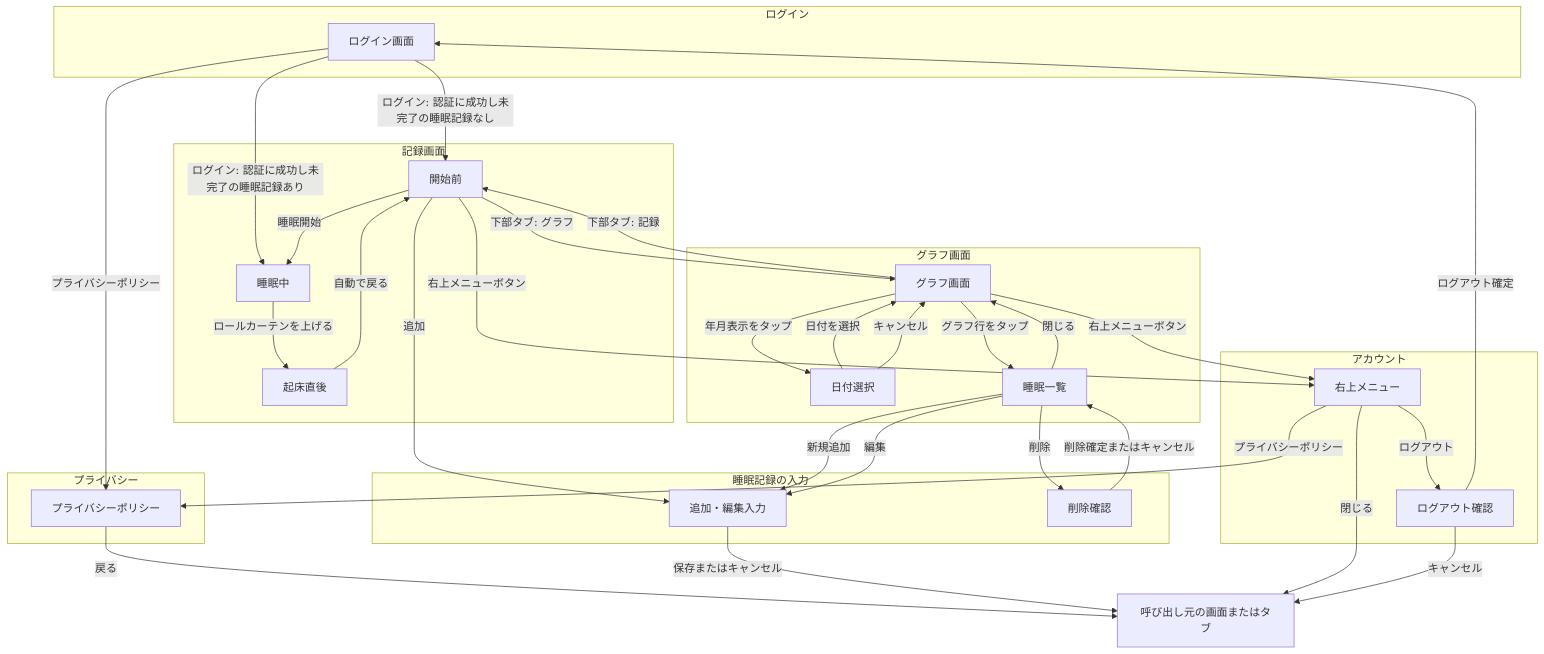
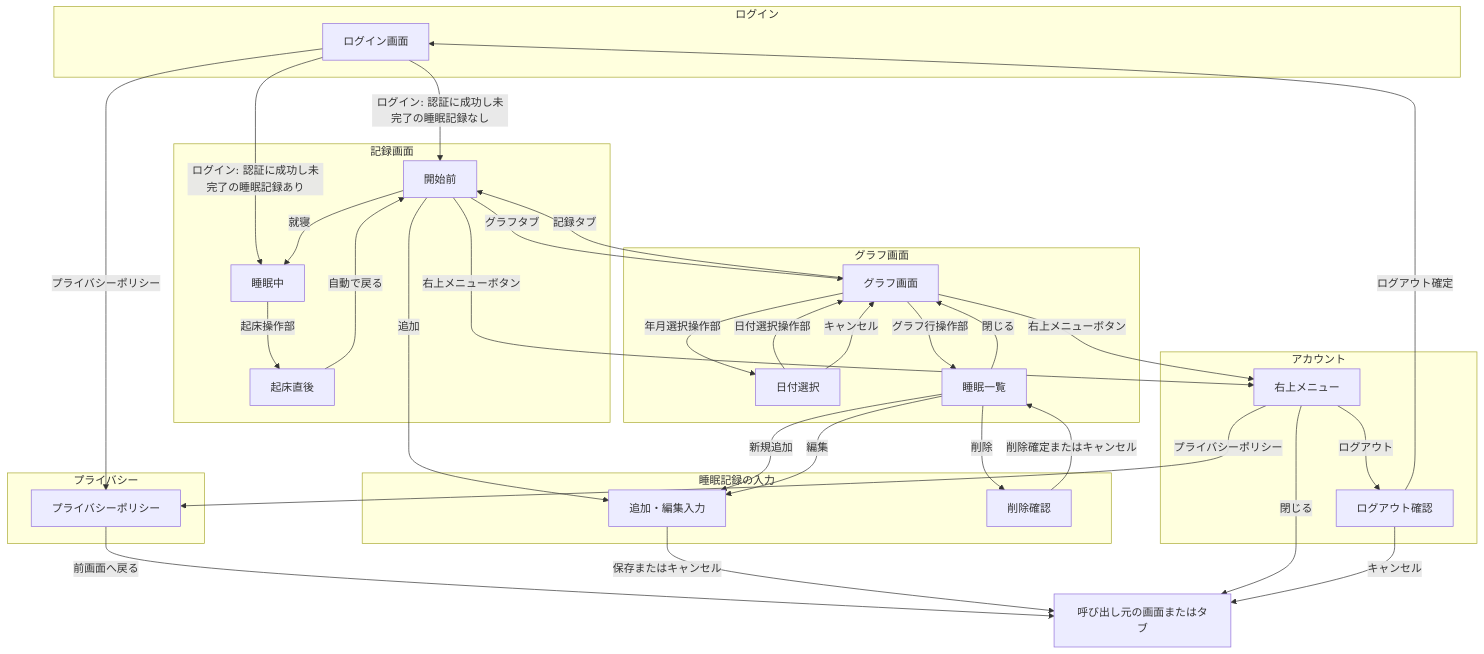
One commit to mimijima/SleepLog changed the diagram in docs/spec-v0.md. Above: the diagram before and after it, drawn with Mermaid. The commit also changed other lines of this file and 1 other file, not shown here.

First line of the commit message:
docs: align v0 screen element terminology

````diff
--- a/docs/spec-v0.md
+++ b/docs/spec-v0.md
@@ -87,65 +87,65 @@
 ```mermaid
 flowchart TD
     subgraph loginCategory["ログイン"]
         loginScreen["ログイン画面"]
     end
 
     subgraph recordCategory["記録画面"]
         recordStart["開始前"]
         sleepingScreen["睡眠中"]
         wakeComplete["起床直後"]
     end
 
     subgraph graphCategory["グラフ画面"]
         graphScreen["グラフ画面"]
         datePicker["日付選択"]
         sleepList["睡眠一覧"]
     end
 
     subgraph inputCategory["睡眠記録の入力"]
         recordInput["追加・編集入力"]
         deleteConfirm["削除確認"]
     end
 
     subgraph privacyCategory["プライバシー"]
         privacyPolicy["プライバシーポリシー"]
     end
 
     subgraph accountCategory["アカウント"]
         accountMenu["右上メニュー"]
         logoutConfirm["ログアウト確認"]
     end
 
     caller["呼び出し元の画面またはタブ"]
 
     loginScreen -->|プライバシーポリシー| privacyPolicy
-    privacyPolicy -->|戻る| caller
+    privacyPolicy -->|前画面へ戻る| caller
     loginScreen -->|ログイン: 認証に成功し未完了の睡眠記録なし| recordStart
     loginScreen -->|ログイン: 認証に成功し未完了の睡眠記録あり| sleepingScreen
 
-    recordStart -->|睡眠開始| sleepingScreen
-    sleepingScreen -->|ロールカーテンを上げる| wakeComplete
+    recordStart -->|就寝| sleepingScreen
+    sleepingScreen -->|起床操作部| wakeComplete
     wakeComplete -->|自動で戻る| recordStart
-    recordStart -->|下部タブ: グラフ| graphScreen
-    graphScreen -->|下部タブ: 記録| recordStart
+    recordStart -->|グラフタブ| graphScreen
+    graphScreen -->|記録タブ| recordStart
     recordStart -->|追加| recordInput
 
-    graphScreen -->|年月表示をタップ| datePicker
-    datePicker -->|日付を選択| graphScreen
+    graphScreen -->|年月選択操作部| datePicker
+    datePicker -->|日付選択操作部| graphScreen
     datePicker -->|キャンセル| graphScreen
-    graphScreen -->|グラフ行をタップ| sleepList
+    graphScreen -->|グラフ行操作部| sleepList
     sleepList -->|閉じる| graphScreen
     sleepList -->|新規追加| recordInput
     sleepList -->|編集| recordInput
     recordInput -->|保存またはキャンセル| caller
     sleepList -->|削除| deleteConfirm
     deleteConfirm -->|削除確定またはキャンセル| sleepList
 
     recordStart -->|右上メニューボタン| accountMenu
     graphScreen -->|右上メニューボタン| accountMenu
     accountMenu -->|閉じる| caller
     accountMenu -->|プライバシーポリシー| privacyPolicy
     accountMenu -->|ログアウト| logoutConfirm
     logoutConfirm -->|ログアウト確定| loginScreen
     logoutConfirm -->|キャンセル| caller
 ```
````
